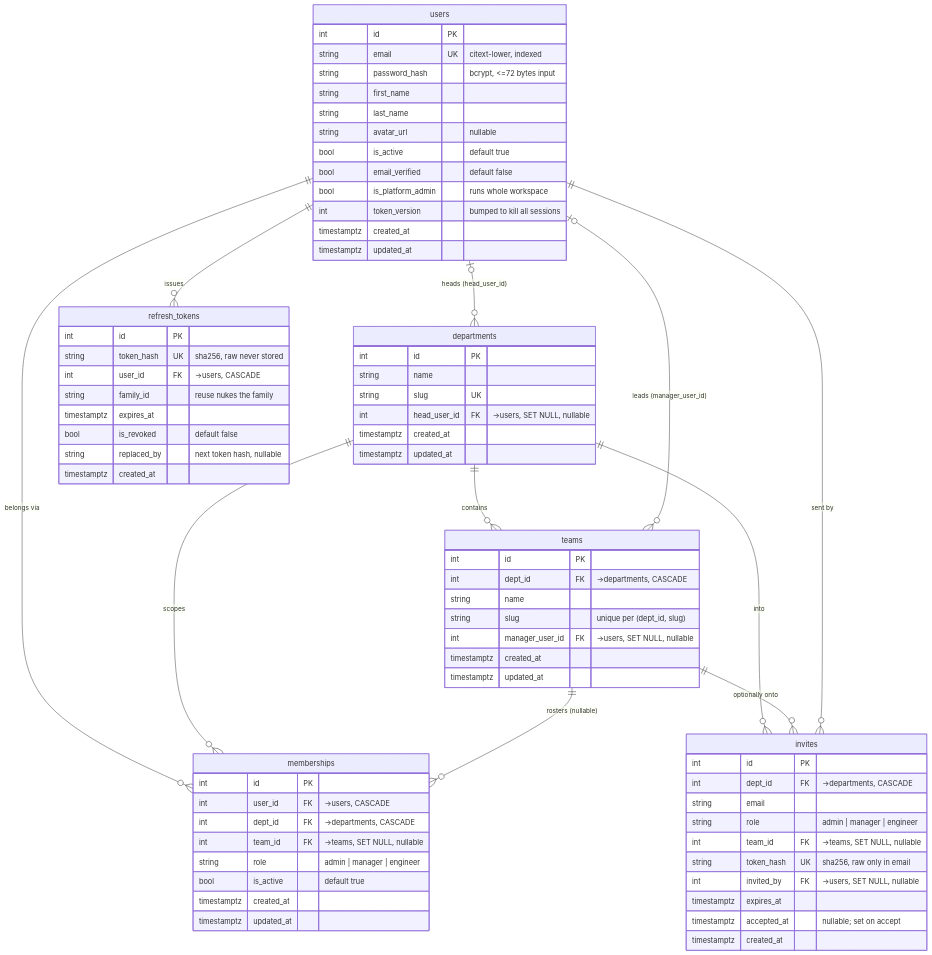
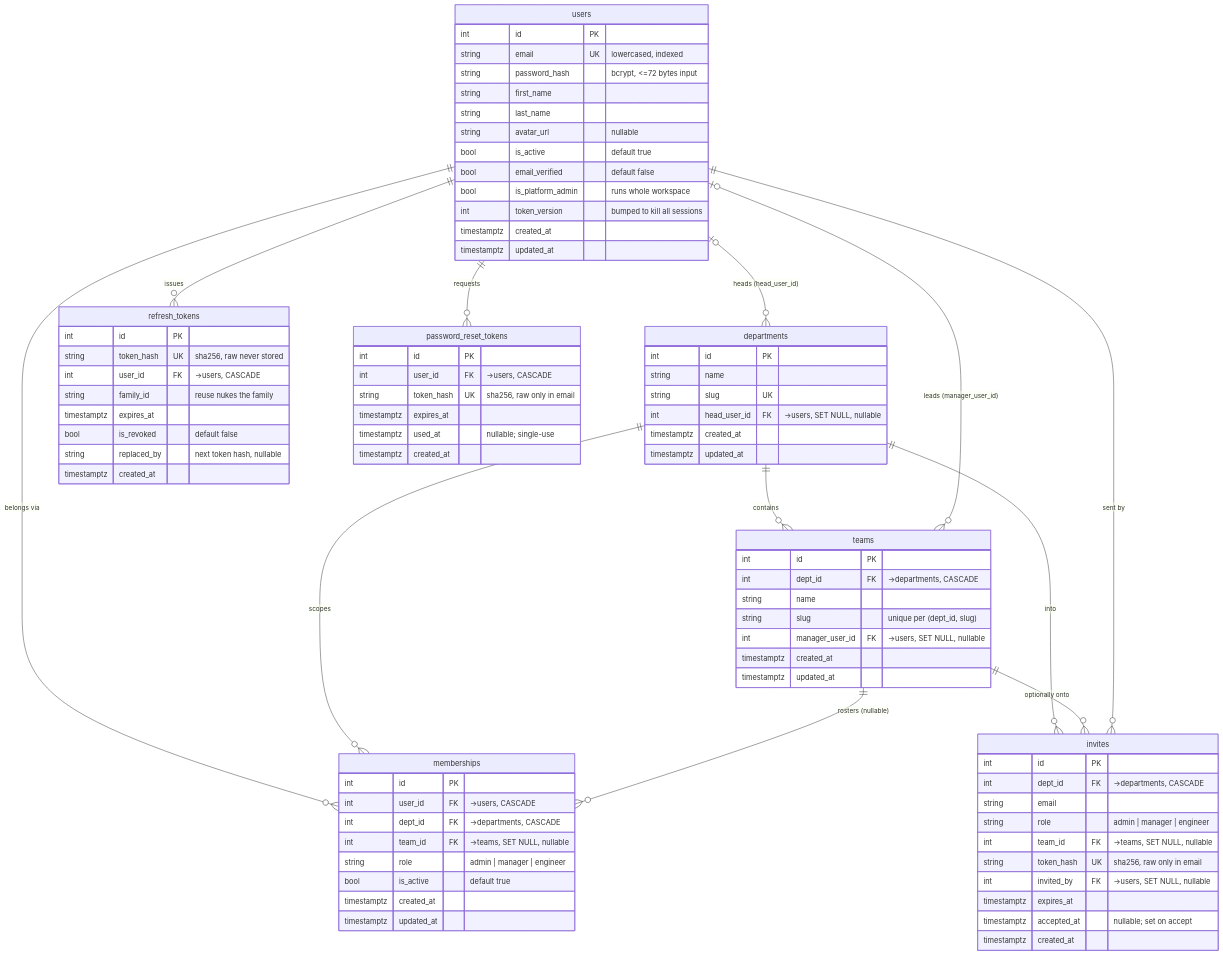
Before and after one commit to Ojulari123/CC-Platforms: the first of 3 diagrams in docs/erd.md, drawn with Mermaid. The commit also changed other lines of this file and 64 other files, not shown here.

````diff
--- a/docs/erd.md
+++ b/docs/erd.md
@@ -30,6 +31,7 @@
     teams ||--o{ memberships : "rosters (nullable)"
     departments ||--o{ teams : "contains"
     users ||--o{ refresh_tokens : "issues"
+    users ||--o{ password_reset_tokens : "requests"
     departments ||--o{ invites : "into"
     teams ||--o{ invites : "optionally onto"
     users ||--o{ invites : "sent by"
@@ -38,7 +40,7 @@
 
     users {
         int id PK
-        string email UK "citext-lower, indexed"
+        string email UK "lowercased, indexed"
         string password_hash "bcrypt, <=72 bytes input"
         string first_name
         string last_name
@@ -50,7 +52,6 @@
         timestamptz created_at
         timestamptz updated_at
     }
-
     departments {
         int id PK
         string name
@@ -59,7 +60,6 @@
         timestamptz created_at
         timestamptz updated_at
     }
-
     teams {
         int id PK
         int dept_id FK "->departments, CASCADE"
@@ -69,7 +69,6 @@
         timestamptz created_at
         timestamptz updated_at
     }
-
     memberships {
         int id PK
         int user_id FK "->users, CASCADE"
@@ -80,7 +79,6 @@
         timestamptz created_at
         timestamptz updated_at
     }
-
     refresh_tokens {
         int id PK
         string token_hash UK "sha256, raw never stored"
@@ -91,7 +89,6 @@
         string replaced_by "next token hash, nullable"
         timestamptz created_at
     }
-
     invites {
         int id PK
         int dept_id FK "->departments, CASCADE"
@@ -104,4 +101,12 @@
         timestamptz accepted_at "nullable; set on accept"
         timestamptz created_at
     }
+    password_reset_tokens {
+        int id PK
+        int user_id FK "->users, CASCADE"
+        string token_hash UK "sha256, raw only in email"
+        timestamptz expires_at
+        timestamptz used_at "nullable; single-use"
+        timestamptz created_at
+    }
 ```
````
